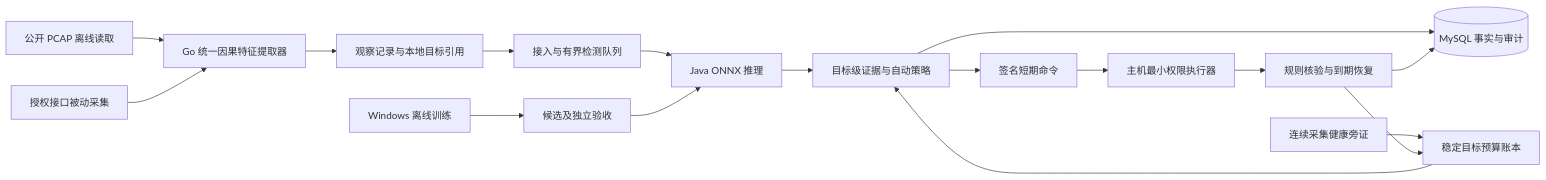
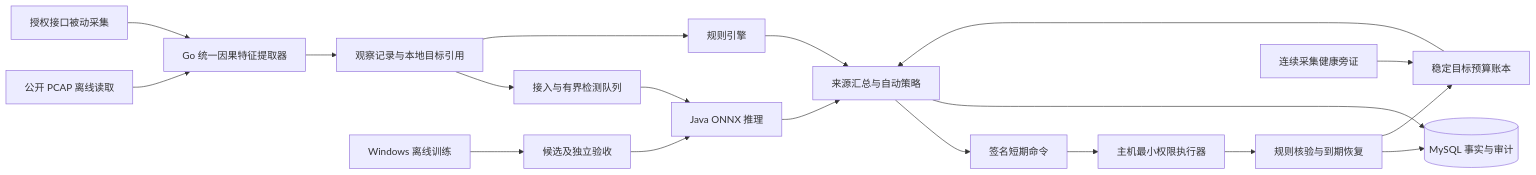
The diagram in docs/项目详细设计.md (X-yhhh/cyber-security), drawn with Mermaid before and after one commit. The commit also changed other lines of this file and 47 other files, not shown here.

````diff
--- a/docs/项目详细设计.md
+++ b/docs/项目详细设计.md
@@ -29,19 +31,21 @@
 ```mermaid
 flowchart LR
   P[公开 PCAP 离线读取] --> X[Go 统一因果特征提取器]
   S[授权接口被动采集] --> X
   X --> O[观察记录与本地目标引用]
   O --> I[接入与有界检测队列]
   I --> M[Java ONNX 推理]
-  M --> D[目标级证据与自动策略]
+  M --> D[来源汇总与自动策略]
+  O --> RE[规则引擎]
+  RE --> D
   D --> A[签名短期命令]
   A --> E[主机最小权限执行器]
   E --> R[规则核验与到期恢复]
   D --> DB[(MySQL 事实与审计)]
   R --> DB
   H[连续采集健康旁证] --> B[稳定目标预算账本]
   R --> B
   B --> D
   T[Windows 离线训练] --> V[候选及独立验收]
   V --> M
 ```
````
